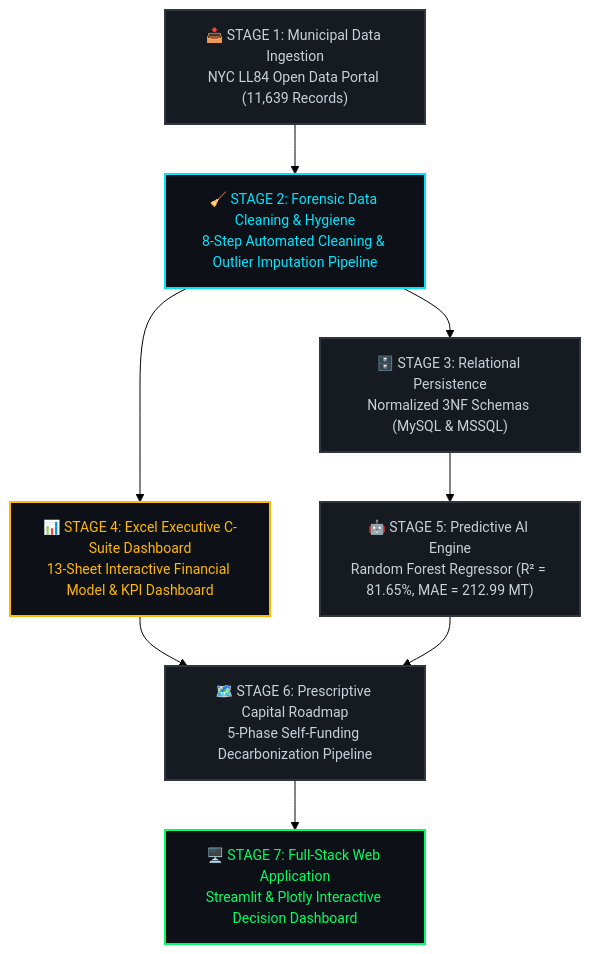
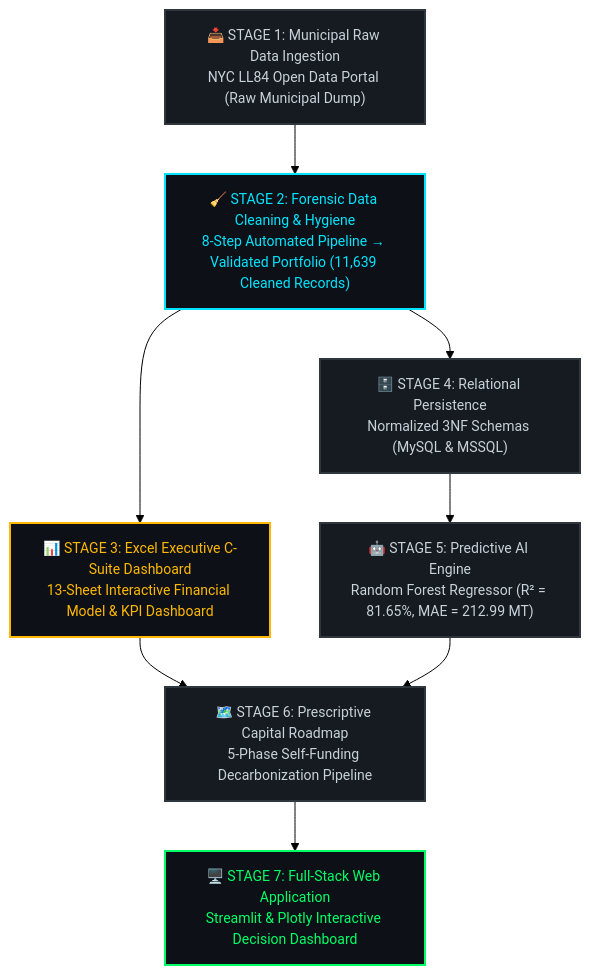
Before and after one commit to Huda-Amr/carbon-heist-mitigation: the diagram in README.md, drawn with Mermaid (forest theme). The commit also changed 1 other file, not shown here.

Commit message:
Clarify architecture sequence: Raw Municipal Dump -> Forensic Data Cleaning Pipeline -> 11,639 Validated Portfolio Records

````diff
--- a/README.md
+++ b/README.md
@@ -109,15 +109,15 @@
 ```mermaid
 flowchart TD
-    A["📥 STAGE 1: Municipal Data Ingestion\nNYC LL84 Open Data Portal (11,639 Records)"]:::stage --> B["🧹 STAGE 2: Forensic Data Cleaning & Hygiene\n8-Step Automated Cleaning & Outlier Imputation Pipeline"]:::clean
-    B --> C["🗄️ STAGE 3: Relational Persistence\nNormalized 3NF Schemas (MySQL & MSSQL)"]:::stage
-    B --> EX["📊 STAGE 4: Excel Executive C-Suite Dashboard\n13-Sheet Interactive Financial Model & KPI Dashboard"]:::excel
+    A["📥 STAGE 1: Municipal Raw Data Ingestion\nNYC LL84 Open Data Portal (Raw Municipal Dump)"]:::stage --> B["🧹 STAGE 2: Forensic Data Cleaning & Hygiene\n8-Step Automated Pipeline → Validated Portfolio (11,639 Cleaned Records)"]:::clean
+    B --> EX["📊 STAGE 3: Excel Executive C-Suite Dashboard\n13-Sheet Interactive Financial Model & KPI Dashboard"]:::excel
+    B --> C["🗄️ STAGE 4: Relational Persistence\nNormalized 3NF Schemas (MySQL & MSSQL)"]:::stage
     C --> D["🤖 STAGE 5: Predictive AI Engine\nRandom Forest Regressor (R² = 81.65%, MAE = 212.99 MT)"]:::stage
     EX --> E["🗺️ STAGE 6: Prescriptive Capital Roadmap\n5-Phase Self-Funding Decarbonization Pipeline"]:::stage
     D --> E
     E --> F["🖥️ STAGE 7: Full-Stack Web Application\nStreamlit & Plotly Interactive Decision Dashboard"]:::output
 
     classDef stage fill:#161B22,stroke:#30363D,stroke-width:2px,color:#C9D1D9,font-size:14px
     classDef clean fill:#0D1117,stroke:#00E5FF,stroke-width:2px,color:#00E5FF,font-size:14px
     classDef excel fill:#0D1117,stroke:#FFB800,stroke-width:2px,color:#FFB800,font-size:14px
     classDef output fill:#0D1117,stroke:#00FF66,stroke-width:2px,color:#00FF66,font-size:14px
 ```
````
